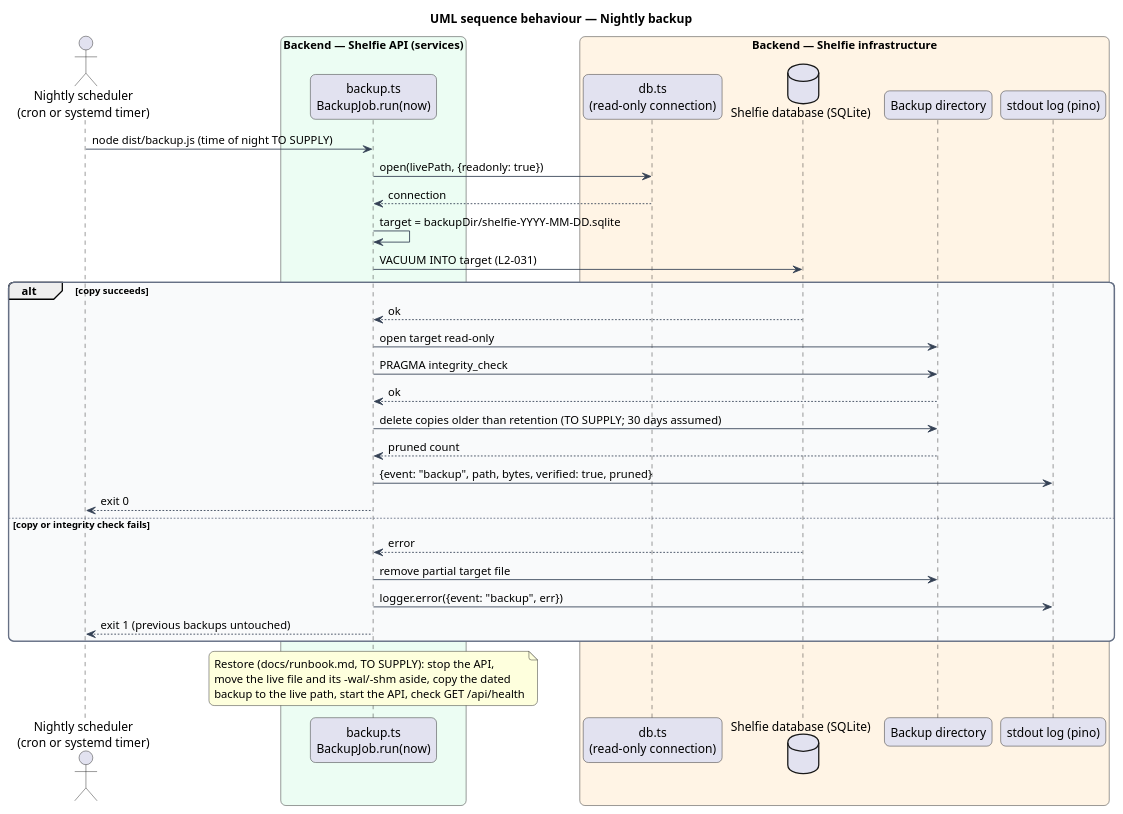
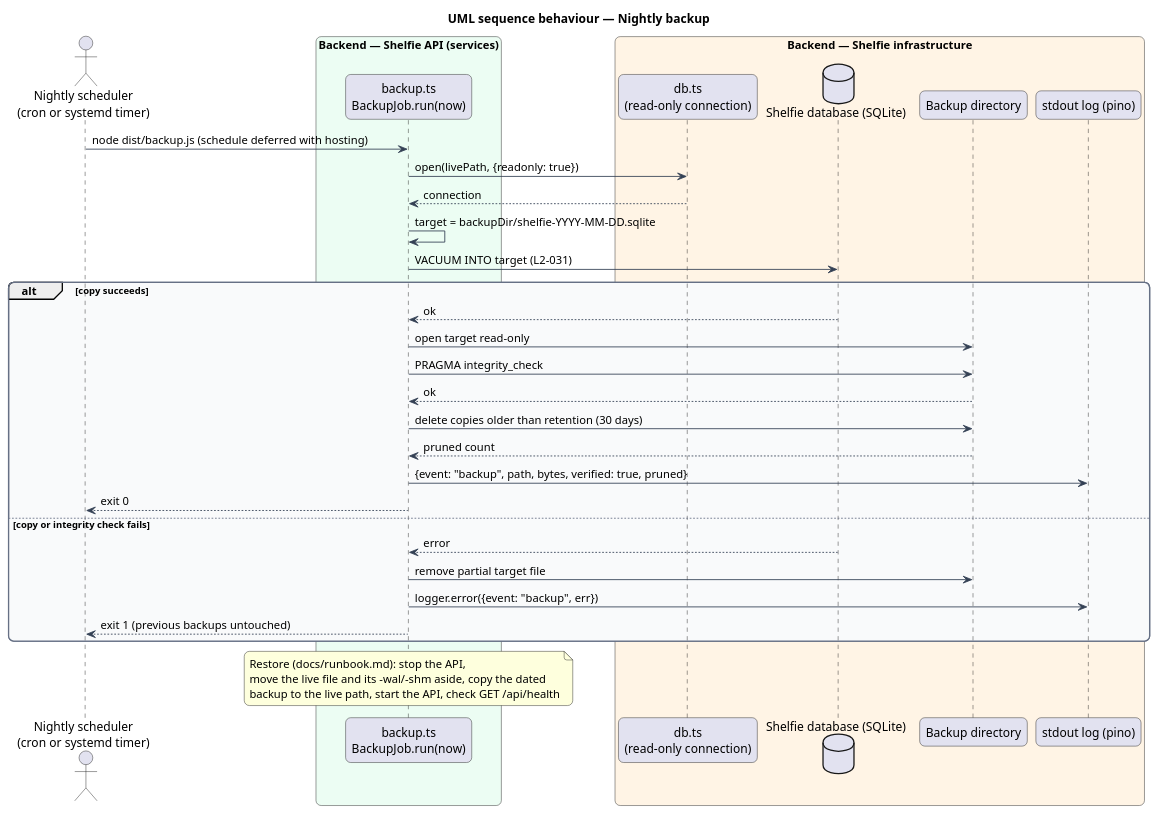
One commit to QuinntyneBrown/shelfie changed the diagram in docs/detailed-designs/platform/operate-service/diagrams/sequence-nightly-backup.puml. Above: the diagram before and after it, drawn with PlantUML. The commit also changed 27 other files, not shown here.

```diff
--- a/docs/detailed-designs/platform/operate-service/diagrams/sequence-nightly-backup.puml
+++ b/docs/detailed-designs/platform/operate-service/diagrams/sequence-nightly-backup.puml
@@ -1,53 +1,53 @@
 @startuml
 title UML sequence behaviour — Nightly backup
 skinparam backgroundColor #FFFFFF
 skinparam shadowing false
 skinparam roundcorner 12
 skinparam defaultFontName Arial
 skinparam ArrowColor #344054
 skinparam rectangle {
   BorderColor #344054
   FontColor #101828
 }
 skinparam package {
   BorderColor #667085
   FontColor #101828
   BackgroundColor #F9FAFB
 }
 actor "Nightly scheduler\n(cron or systemd timer)" as scheduler
 box "Backend — Shelfie API (services)" #ECFDF3
   participant "backup.ts\nBackupJob.run(now)" as job
 end box
 box "Backend — Shelfie infrastructure" #FFF4E5
   participant "db.ts\n(read-only connection)" as dbmod
   database "Shelfie database (SQLite)" as db
   participant "Backup directory" as dir
   participant "stdout log (pino)" as log
 end box
 
-scheduler -> job : node dist/backup.js (time of night TO SUPPLY)
+scheduler -> job : node dist/backup.js (schedule deferred with hosting)
 job -> dbmod : open(livePath, {readonly: true})
 dbmod --> job : connection
 job -> job : target = backupDir/shelfie-YYYY-MM-DD.sqlite
 job -> db : VACUUM INTO target (L2-031)
 alt copy succeeds
   db --> job : ok
   job -> dir : open target read-only
   job -> dir : PRAGMA integrity_check
   dir --> job : ok
-  job -> dir : delete copies older than retention (TO SUPPLY; 30 days assumed)
+  job -> dir : delete copies older than retention (30 days)
   dir --> job : pruned count
   job -> log : {event: "backup", path, bytes, verified: true, pruned}
   job --> scheduler : exit 0
 else copy or integrity check fails
   db --> job : error
   job -> dir : remove partial target file
   job -> log : logger.error({event: "backup", err})
   job --> scheduler : exit 1 (previous backups untouched)
 end
 note over job
-  Restore (docs/runbook.md, TO SUPPLY): stop the API,
+  Restore (docs/runbook.md): stop the API,
   move the live file and its -wal/-shm aside, copy the dated
   backup to the live path, start the API, check GET /api/health
 end note
 @enduml
```
